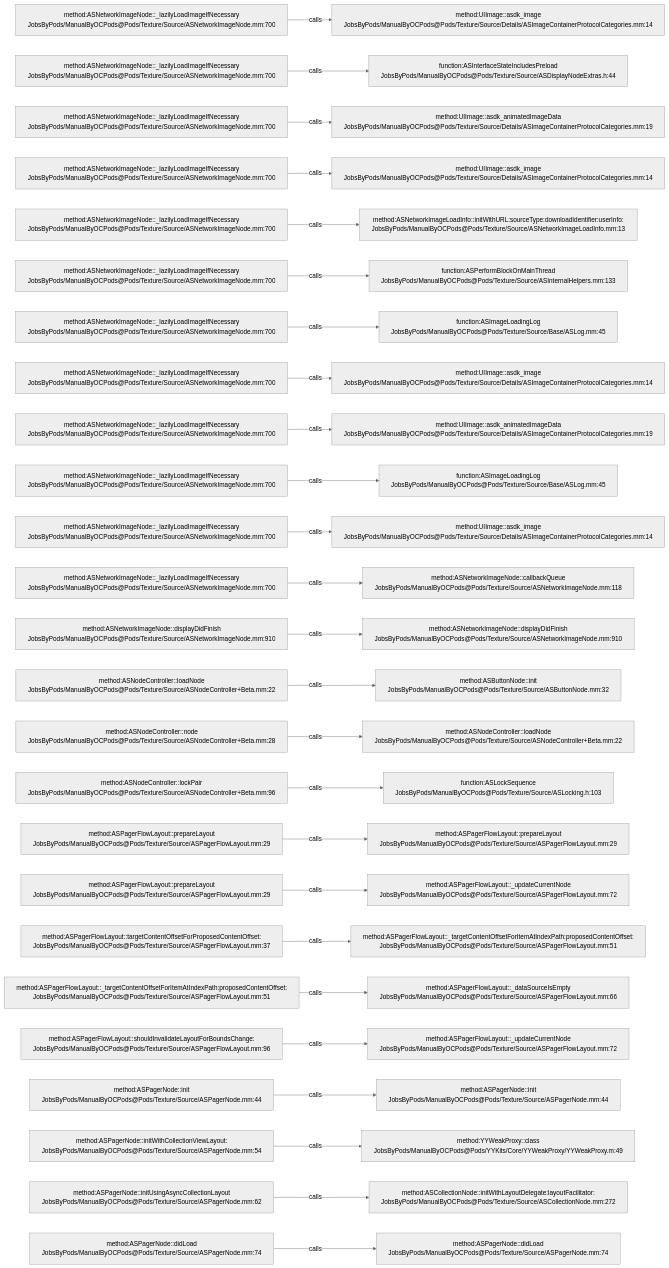
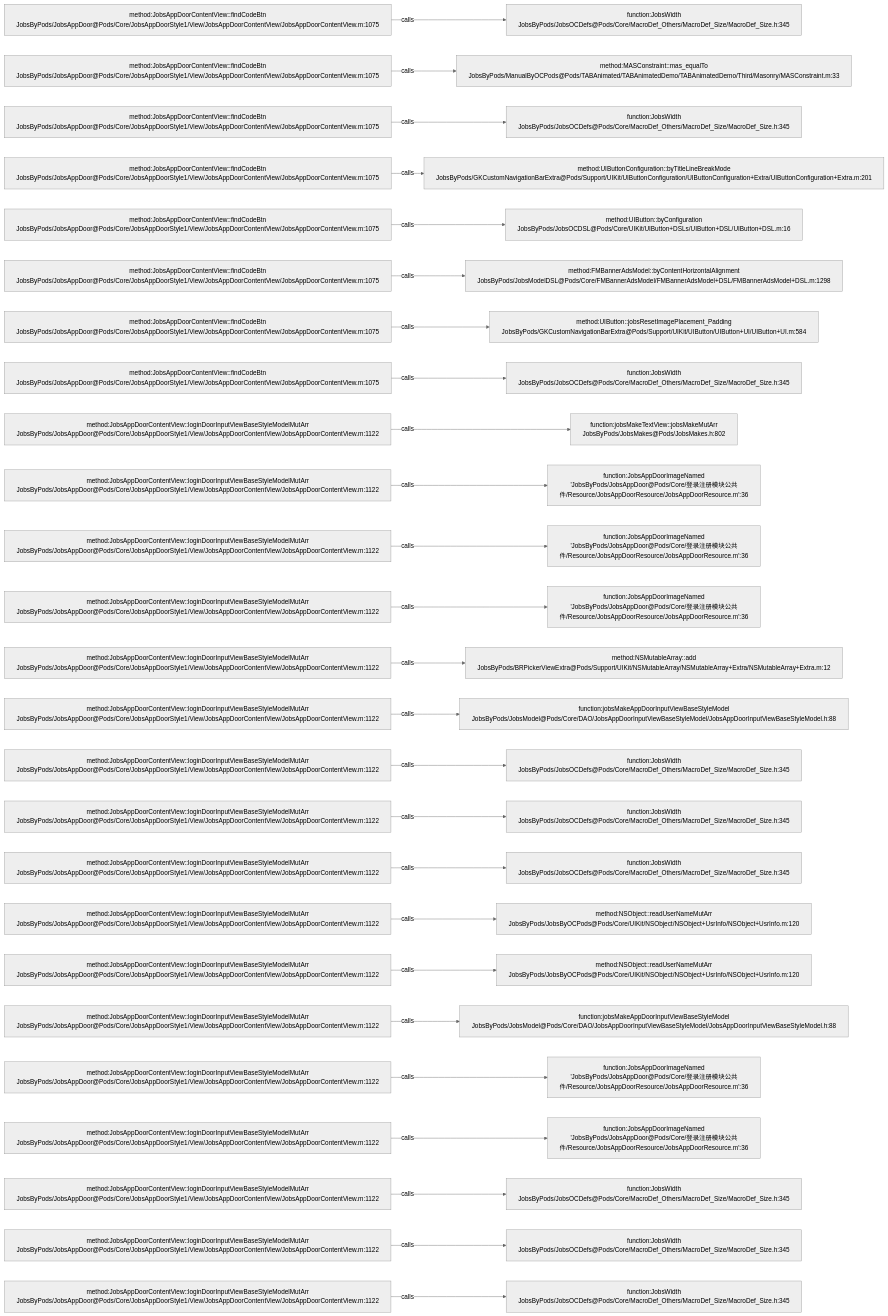
Before and after one commit to JobsKits/JobsOCBaseConfigDemo: the diagram in .codegraph/codegraph.md/graphs/calls-104.md, drawn with Mermaid (neutral theme). The commit also changed 768 other files, not shown here.

````diff
--- a/.codegraph/codegraph.md/graphs/calls-104.md
+++ b/.codegraph/codegraph.md/graphs/calls-104.md
@@ -13,78 +13,78 @@
 ```mermaid
 flowchart LR
-  S1["method:ASNetworkImageNode::_lazilyLoadImageIfNecessary<br/>JobsByPods/ManualByOCPods@Pods/Texture/Source/ASNetworkImageNode.mm:700"]
-  T1["method:UIImage::asdk_image<br/>JobsByPods/ManualByOCPods@Pods/Texture/Source/Details/ASImageContainerProtocolCategories.mm:14"]
+  S1["method:JobsAppDoorContentView::findCodeBtn<br/>JobsByPods/JobsAppDoor@Pods/Core/JobsAppDoorStyle1/View/JobsAppDoorContentView/JobsAppDoorContentView.m:1075"]
+  T1["function:JobsWidth<br/>JobsByPods/JobsOCDefs@Pods/Core/MacroDef_Others/MacroDef_Size/MacroDef_Size.h:345"]
   S1 -->|calls| T1
-  S2["method:ASNetworkImageNode::_lazilyLoadImageIfNecessary<br/>JobsByPods/ManualByOCPods@Pods/Texture/Source/ASNetworkImageNode.mm:700"]
-  T2["function:ASInterfaceStateIncludesPreload<br/>JobsByPods/ManualByOCPods@Pods/Texture/Source/ASDisplayNodeExtras.h:44"]
+  S2["method:JobsAppDoorContentView::findCodeBtn<br/>JobsByPods/JobsAppDoor@Pods/Core/JobsAppDoorStyle1/View/JobsAppDoorContentView/JobsAppDoorContentView.m:1075"]
+  T2["method:MASConstraint::mas_equalTo<br/>JobsByPods/ManualByOCPods@Pods/TABAnimated/TABAnimatedDemo/TABAnimatedDemo/Third/Masonry/MASConstraint.m:33"]
   S2 -->|calls| T2
-  S3["method:ASNetworkImageNode::_lazilyLoadImageIfNecessary<br/>JobsByPods/ManualByOCPods@Pods/Texture/Source/ASNetworkImageNode.mm:700"]
-  T3["method:UIImage::asdk_animatedImageData<br/>JobsByPods/ManualByOCPods@Pods/Texture/Source/Details/ASImageContainerProtocolCategories.mm:19"]
+  S3["method:JobsAppDoorContentView::findCodeBtn<br/>JobsByPods/JobsAppDoor@Pods/Core/JobsAppDoorStyle1/View/JobsAppDoorContentView/JobsAppDoorContentView.m:1075"]
+  T3["function:JobsWidth<br/>JobsByPods/JobsOCDefs@Pods/Core/MacroDef_Others/MacroDef_Size/MacroDef_Size.h:345"]
   S3 -->|calls| T3
-  S4["method:ASNetworkImageNode::_lazilyLoadImageIfNecessary<br/>JobsByPods/ManualByOCPods@Pods/Texture/Source/ASNetworkImageNode.mm:700"]
-  T4["method:UIImage::asdk_image<br/>JobsByPods/ManualByOCPods@Pods/Texture/Source/Details/ASImageContainerProtocolCategories.mm:14"]
+  S4["method:JobsAppDoorContentView::findCodeBtn<br/>JobsByPods/JobsAppDoor@Pods/Core/JobsAppDoorStyle1/View/JobsAppDoorContentView/JobsAppDoorContentView.m:1075"]
+  T4["method:UIButtonConfiguration::byTitleLineBreakMode<br/>JobsByPods/GKCustomNavigationBarExtra@Pods/Support/UIKit/UIButtonConfiguration/UIButtonConfiguration+Extra/UIButtonConfiguration+Extra.m:201"]
   S4 -->|calls| T4
-  S5["method:ASNetworkImageNode::_lazilyLoadImageIfNecessary<br/>JobsByPods/ManualByOCPods@Pods/Texture/Source/ASNetworkImageNode.mm:700"]
-  T5["method:ASNetworkImageLoadInfo::initWithURL:sourceType:downloadIdentifier:userInfo:<br/>JobsByPods/ManualByOCPods@Pods/Texture/Source/ASNetworkImageLoadInfo.mm:13"]
+  S5["method:JobsAppDoorContentView::findCodeBtn<br/>JobsByPods/JobsAppDoor@Pods/Core/JobsAppDoorStyle1/View/JobsAppDoorContentView/JobsAppDoorContentView.m:1075"]
+  T5["method:UIButton::byConfiguration<br/>JobsByPods/JobsOCDSL@Pods/Core/UIKit/UIButton+DSLs/UIButton+DSL/UIButton+DSL.m:16"]
   S5 -->|calls| T5
-  S6["method:ASNetworkImageNode::_lazilyLoadImageIfNecessary<br/>JobsByPods/ManualByOCPods@Pods/Texture/Source/ASNetworkImageNode.mm:700"]
-  T6["function:ASPerformBlockOnMainThread<br/>JobsByPods/ManualByOCPods@Pods/Texture/Source/ASInternalHelpers.mm:133"]
+  S6["method:JobsAppDoorContentView::findCodeBtn<br/>JobsByPods/JobsAppDoor@Pods/Core/JobsAppDoorStyle1/View/JobsAppDoorContentView/JobsAppDoorContentView.m:1075"]
+  T6["method:FMBannerAdsModel::byContentHorizontalAlignment<br/>JobsByPods/JobsModelDSL@Pods/Core/FMBannerAdsModel/FMBannerAdsModel+DSL/FMBannerAdsModel+DSL.m:1298"]
   S6 -->|calls| T6
-  S7["method:ASNetworkImageNode::_lazilyLoadImageIfNecessary<br/>JobsByPods/ManualByOCPods@Pods/Texture/Source/ASNetworkImageNode.mm:700"]
-  T7["function:ASImageLoadingLog<br/>JobsByPods/ManualByOCPods@Pods/Texture/Source/Base/ASLog.mm:45"]
+  S7["method:JobsAppDoorContentView::findCodeBtn<br/>JobsByPods/JobsAppDoor@Pods/Core/JobsAppDoorStyle1/View/JobsAppDoorContentView/JobsAppDoorContentView.m:1075"]
+  T7["method:UIButton::jobsResetImagePlacement_Padding<br/>JobsByPods/GKCustomNavigationBarExtra@Pods/Support/UIKit/UIButton/UIButton+UI/UIButton+UI.m:584"]
   S7 -->|calls| T7
-  S8["method:ASNetworkImageNode::_lazilyLoadImageIfNecessary<br/>JobsByPods/ManualByOCPods@Pods/Texture/Source/ASNetworkImageNode.mm:700"]
-  T8["method:UIImage::asdk_image<br/>JobsByPods/ManualByOCPods@Pods/Texture/Source/Details/ASImageContainerProtocolCategories.mm:14"]
+  S8["method:JobsAppDoorContentView::findCodeBtn<br/>JobsByPods/JobsAppDoor@Pods/Core/JobsAppDoorStyle1/View/JobsAppDoorContentView/JobsAppDoorContentView.m:1075"]
+  T8["function:JobsWidth<br/>JobsByPods/JobsOCDefs@Pods/Core/MacroDef_Others/MacroDef_Size/MacroDef_Size.h:345"]
   S8 -->|calls| T8
-  S9["method:ASNetworkImageNode::_lazilyLoadImageIfNecessary<br/>JobsByPods/ManualByOCPods@Pods/Texture/Source/ASNetworkImageNode.mm:700"]
-  T9["method:UIImage::asdk_animatedImageData<br/>JobsByPods/ManualByOCPods@Pods/Texture/Source/Details/ASImageContainerProtocolCategories.mm:19"]
+  S9["method:JobsAppDoorContentView::loginDoorInputViewBaseStyleModelMutArr<br/>JobsByPods/JobsAppDoor@Pods/Core/JobsAppDoorStyle1/View/JobsAppDoorContentView/JobsAppDoorContentView.m:1122"]
+  T9["function:jobsMakeTextView::jobsMakeMutArr<br/>JobsByPods/JobsMakes@Pods/JobsMakes.h:802"]
   S9 -->|calls| T9
-  S10["method:ASNetworkImageNode::_lazilyLoadImageIfNecessary<br/>JobsByPods/ManualByOCPods@Pods/Texture/Source/ASNetworkImageNode.mm:700"]
-  T10["function:ASImageLoadingLog<br/>JobsByPods/ManualByOCPods@Pods/Texture/Source/Base/ASLog.mm:45"]
+  S10["method:JobsAppDoorContentView::loginDoorInputViewBaseStyleModelMutArr<br/>JobsByPods/JobsAppDoor@Pods/Core/JobsAppDoorStyle1/View/JobsAppDoorContentView/JobsAppDoorContentView.m:1122"]
+  T10["function:JobsAppDoorImageNamed<br/>'JobsByPods/JobsAppDoor@Pods/Core/登录注册模块公共件/Resource/JobsAppDoorResource/JobsAppDoorResource.m':36"]
   S10 -->|calls| T10
-  S11["method:ASNetworkImageNode::_lazilyLoadImageIfNecessary<br/>JobsByPods/ManualByOCPods@Pods/Texture/Source/ASNetworkImageNode.mm:700"]
-  T11["method:UIImage::asdk_image<br/>JobsByPods/ManualByOCPods@Pods/Texture/Source/Details/ASImageContainerProtocolCategories.mm:14"]
+  S11["method:JobsAppDoorContentView::loginDoorInputViewBaseStyleModelMutArr<br/>JobsByPods/JobsAppDoor@Pods/Core/JobsAppDoorStyle1/View/JobsAppDoorContentView/JobsAppDoorContentView.m:1122"]
+  T11["function:JobsAppDoorImageNamed<br/>'JobsByPods/JobsAppDoor@Pods/Core/登录注册模块公共件/Resource/JobsAppDoorResource/JobsAppDoorResource.m':36"]
   S11 -->|calls| T11
-  S12["method:ASNetworkImageNode::_lazilyLoadImageIfNecessary<br/>JobsByPods/ManualByOCPods@Pods/Texture/Source/ASNetworkImageNode.mm:700"]
-  T12["method:ASNetworkImageNode::callbackQueue<br/>JobsByPods/ManualByOCPods@Pods/Texture/Source/ASNetworkImageNode.mm:118"]
+  S12["method:JobsAppDoorContentView::loginDoorInputViewBaseStyleModelMutArr<br/>JobsByPods/JobsAppDoor@Pods/Core/JobsAppDoorStyle1/View/JobsAppDoorContentView/JobsAppDoorContentView.m:1122"]
+  T12["function:JobsAppDoorImageNamed<br/>'JobsByPods/JobsAppDoor@Pods/Core/登录注册模块公共件/Resource/JobsAppDoorResource/JobsAppDoorResource.m':36"]
   S12 -->|calls| T12
-  S13["method:ASNetworkImageNode::displayDidFinish<br/>JobsByPods/ManualByOCPods@Pods/Texture/Source/ASNetworkImageNode.mm:910"]
-  T13["method:ASNetworkImageNode::displayDidFinish<br/>JobsByPods/ManualByOCPods@Pods/Texture/Source/ASNetworkImageNode.mm:910"]
+  S13["method:JobsAppDoorContentView::loginDoorInputViewBaseStyleModelMutArr<br/>JobsByPods/JobsAppDoor@Pods/Core/JobsAppDoorStyle1/View/JobsAppDoorContentView/JobsAppDoorContentView.m:1122"]
+  T13["method:NSMutableArray::add<br/>JobsByPods/BRPickerViewExtra@Pods/Support/UIKit/NSMutableArray/NSMutableArray+Extra/NSMutableArray+Extra.m:12"]
   S13 -->|calls| T13
-  S14["method:ASNodeController::loadNode<br/>JobsByPods/ManualByOCPods@Pods/Texture/Source/ASNodeController+Beta.mm:22"]
-  T14["method:ASButtonNode::init<br/>JobsByPods/ManualByOCPods@Pods/Texture/Source/ASButtonNode.mm:32"]
+  S14["method:JobsAppDoorContentView::loginDoorInputViewBaseStyleModelMutArr<br/>JobsByPods/JobsAppDoor@Pods/Core/JobsAppDoorStyle1/View/JobsAppDoorContentView/JobsAppDoorContentView.m:1122"]
+  T14["function:jobsMakeAppDoorInputViewBaseStyleModel<br/>JobsByPods/JobsModel@Pods/Core/DAO/JobsAppDoorInputViewBaseStyleModel/JobsAppDoorInputViewBaseStyleModel.h:88"]
   S14 -->|calls| T14
-  S15["method:ASNodeController::node<br/>JobsByPods/ManualByOCPods@Pods/Texture/Source/ASNodeController+Beta.mm:28"]
-  T15["method:ASNodeController::loadNode<br/>JobsByPods/ManualByOCPods@Pods/Texture/Source/ASNodeController+Beta.mm:22"]
+  S15["method:JobsAppDoorContentView::loginDoorInputViewBaseStyleModelMutArr<br/>JobsByPods/JobsAppDoor@Pods/Core/JobsAppDoorStyle1/View/JobsAppDoorContentView/JobsAppDoorContentView.m:1122"]
+  T15["function:JobsWidth<br/>JobsByPods/JobsOCDefs@Pods/Core/MacroDef_Others/MacroDef_Size/MacroDef_Size.h:345"]
   S15 -->|calls| T15
-  S16["method:ASNodeController::lockPair<br/>JobsByPods/ManualByOCPods@Pods/Texture/Source/ASNodeController+Beta.mm:96"]
-  T16["function:ASLockSequence<br/>JobsByPods/ManualByOCPods@Pods/Texture/Source/ASLocking.h:103"]
+  S16["method:JobsAppDoorContentView::loginDoorInputViewBaseStyleModelMutArr<br/>JobsByPods/JobsAppDoor@Pods/Core/JobsAppDoorStyle1/View/JobsAppDoorContentView/JobsAppDoorContentView.m:1122"]
+  T16["function:JobsWidth<br/>JobsByPods/JobsOCDefs@Pods/Core/MacroDef_Others/MacroDef_Size/MacroDef_Size.h:345"]
   S16 -->|calls| T16
-  S17["method:ASPagerFlowLayout::prepareLayout<br/>JobsByPods/ManualByOCPods@Pods/Texture/Source/ASPagerFlowLayout.mm:29"]
-  T17["method:ASPagerFlowLayout::prepareLayout<br/>JobsByPods/ManualByOCPods@Pods/Texture/Source/ASPagerFlowLayout.mm:29"]
+  S17["method:JobsAppDoorContentView::loginDoorInputViewBaseStyleModelMutArr<br/>JobsByPods/JobsAppDoor@Pods/Core/JobsAppDoorStyle1/View/JobsAppDoorContentView/JobsAppDoorContentView.m:1122"]
+  T17["function:JobsWidth<br/>JobsByPods/JobsOCDefs@Pods/Core/MacroDef_Others/MacroDef_Size/MacroDef_Size.h:345"]
   S17 -->|calls| T17
-  S18["method:ASPagerFlowLayout::prepareLayout<br/>JobsByPods/ManualByOCPods@Pods/Texture/Source/ASPagerFlowLayout.mm:29"]
-  T18["method:ASPagerFlowLayout::_updateCurrentNode<br/>JobsByPods/ManualByOCPods@Pods/Texture/Source/ASPagerFlowLayout.mm:72"]
+  S18["method:JobsAppDoorContentView::loginDoorInputViewBaseStyleModelMutArr<br/>JobsByPods/JobsAppDoor@Pods/Core/JobsAppDoorStyle1/View/JobsAppDoorContentView/JobsAppDoorContentView.m:1122"]
+  T18["method:NSObject::readUserNameMutArr<br/>JobsByPods/JobsByOCPods@Pods/Core/UIKit/NSObject/NSObject+UsrInfo/NSObject+UsrInfo.m:120"]
   S18 -->|calls| T18
-  S19["method:ASPagerFlowLayout::targetContentOffsetForProposedContentOffset:<br/>JobsByPods/ManualByOCPods@Pods/Texture/Source/ASPagerFlowLayout.mm:37"]
-  T19["method:ASPagerFlowLayout::_targetContentOffsetForItemAtIndexPath:proposedContentOffset:<br/>JobsByPods/ManualByOCPods@Pods/Texture/Source/ASPagerFlowLayout.mm:51"]
+  S19["method:JobsAppDoorContentView::loginDoorInputViewBaseStyleModelMutArr<br/>JobsByPods/JobsAppDoor@Pods/Core/JobsAppDoorStyle1/View/JobsAppDoorContentView/JobsAppDoorContentView.m:1122"]
+  T19["method:NSObject::readUserNameMutArr<br/>JobsByPods/JobsByOCPods@Pods/Core/UIKit/NSObject/NSObject+UsrInfo/NSObject+UsrInfo.m:120"]
   S19 -->|calls| T19
-  S20["method:ASPagerFlowLayout::_targetContentOffsetForItemAtIndexPath:proposedContentOffset:<br/>JobsByPods/ManualByOCPods@Pods/Texture/Source/ASPagerFlowLayout.mm:51"]
-  T20["method:ASPagerFlowLayout::_dataSourceIsEmpty<br/>JobsByPods/ManualByOCPods@Pods/Texture/Source/ASPagerFlowLayout.mm:66"]
+  S20["method:JobsAppDoorContentView::loginDoorInputViewBaseStyleModelMutArr<br/>JobsByPods/JobsAppDoor@Pods/Core/JobsAppDoorStyle1/View/JobsAppDoorContentView/JobsAppDoorContentView.m:1122"]
+  T20["function:jobsMakeAppDoorInputViewBaseStyleModel<br/>JobsByPods/JobsModel@Pods/Core/DAO/JobsAppDoorInputViewBaseStyleModel/JobsAppDoorInputViewBaseStyleModel.h:88"]
   S20 -->|calls| T20
-  S21["method:ASPagerFlowLayout::shouldInvalidateLayoutForBoundsChange:<br/>JobsByPods/ManualByOCPods@Pods/Texture/Source/ASPagerFlowLayout.mm:96"]
-  T21["method:ASPagerFlowLayout::_updateCurrentNode<br/>JobsByPods/ManualByOCPods@Pods/Texture/Source/ASPagerFlowLayout.mm:72"]
+  S21["method:JobsAppDoorContentView::loginDoorInputViewBaseStyleModelMutArr<br/>JobsByPods/JobsAppDoor@Pods/Core/JobsAppDoorStyle1/View/JobsAppDoorContentView/JobsAppDoorContentView.m:1122"]
+  T21["function:JobsAppDoorImageNamed<br/>'JobsByPods/JobsAppDoor@Pods/Core/登录注册模块公共件/Resource/JobsAppDoorResource/JobsAppDoorResource.m':36"]
   S21 -->|calls| T21
-  S22["method:ASPagerNode::init<br/>JobsByPods/ManualByOCPods@Pods/Texture/Source/ASPagerNode.mm:44"]
-  T22["method:ASPagerNode::init<br/>JobsByPods/ManualByOCPods@Pods/Texture/Source/ASPagerNode.mm:44"]
+  S22["method:JobsAppDoorContentView::loginDoorInputViewBaseStyleModelMutArr<br/>JobsByPods/JobsAppDoor@Pods/Core/JobsAppDoorStyle1/View/JobsAppDoorContentView/JobsAppDoorContentView.m:1122"]
+  T22["function:JobsAppDoorImageNamed<br/>'JobsByPods/JobsAppDoor@Pods/Core/登录注册模块公共件/Resource/JobsAppDoorResource/JobsAppDoorResource.m':36"]
   S22 -->|calls| T22
-  S23["method:ASPagerNode::initWithCollectionViewLayout:<br/>JobsByPods/ManualByOCPods@Pods/Texture/Source/ASPagerNode.mm:54"]
-  T23["method:YYWeakProxy::class<br/>JobsByPods/ManualByOCPods@Pods/YYKits/Core/YYWeakProxy/YYWeakProxy.m:49"]
+  S23["method:JobsAppDoorContentView::loginDoorInputViewBaseStyleModelMutArr<br/>JobsByPods/JobsAppDoor@Pods/Core/JobsAppDoorStyle1/View/JobsAppDoorContentView/JobsAppDoorContentView.m:1122"]
+  T23["function:JobsWidth<br/>JobsByPods/JobsOCDefs@Pods/Core/MacroDef_Others/MacroDef_Size/MacroDef_Size.h:345"]
   S23 -->|calls| T23
-  S24["method:ASPagerNode::initUsingAsyncCollectionLayout<br/>JobsByPods/ManualByOCPods@Pods/Texture/Source/ASPagerNode.mm:62"]
-  T24["method:ASCollectionNode::initWithLayoutDelegate:layoutFacilitator:<br/>JobsByPods/ManualByOCPods@Pods/Texture/Source/ASCollectionNode.mm:272"]
+  S24["method:JobsAppDoorContentView::loginDoorInputViewBaseStyleModelMutArr<br/>JobsByPods/JobsAppDoor@Pods/Core/JobsAppDoorStyle1/View/JobsAppDoorContentView/JobsAppDoorContentView.m:1122"]
+  T24["function:JobsWidth<br/>JobsByPods/JobsOCDefs@Pods/Core/MacroDef_Others/MacroDef_Size/MacroDef_Size.h:345"]
   S24 -->|calls| T24
-  S25["method:ASPagerNode::didLoad<br/>JobsByPods/ManualByOCPods@Pods/Texture/Source/ASPagerNode.mm:74"]
-  T25["method:ASPagerNode::didLoad<br/>JobsByPods/ManualByOCPods@Pods/Texture/Source/ASPagerNode.mm:74"]
+  S25["method:JobsAppDoorContentView::loginDoorInputViewBaseStyleModelMutArr<br/>JobsByPods/JobsAppDoor@Pods/Core/JobsAppDoorStyle1/View/JobsAppDoorContentView/JobsAppDoorContentView.m:1122"]
+  T25["function:JobsWidth<br/>JobsByPods/JobsOCDefs@Pods/Core/MacroDef_Others/MacroDef_Size/MacroDef_Size.h:345"]
   S25 -->|calls| T25
 ```
````
